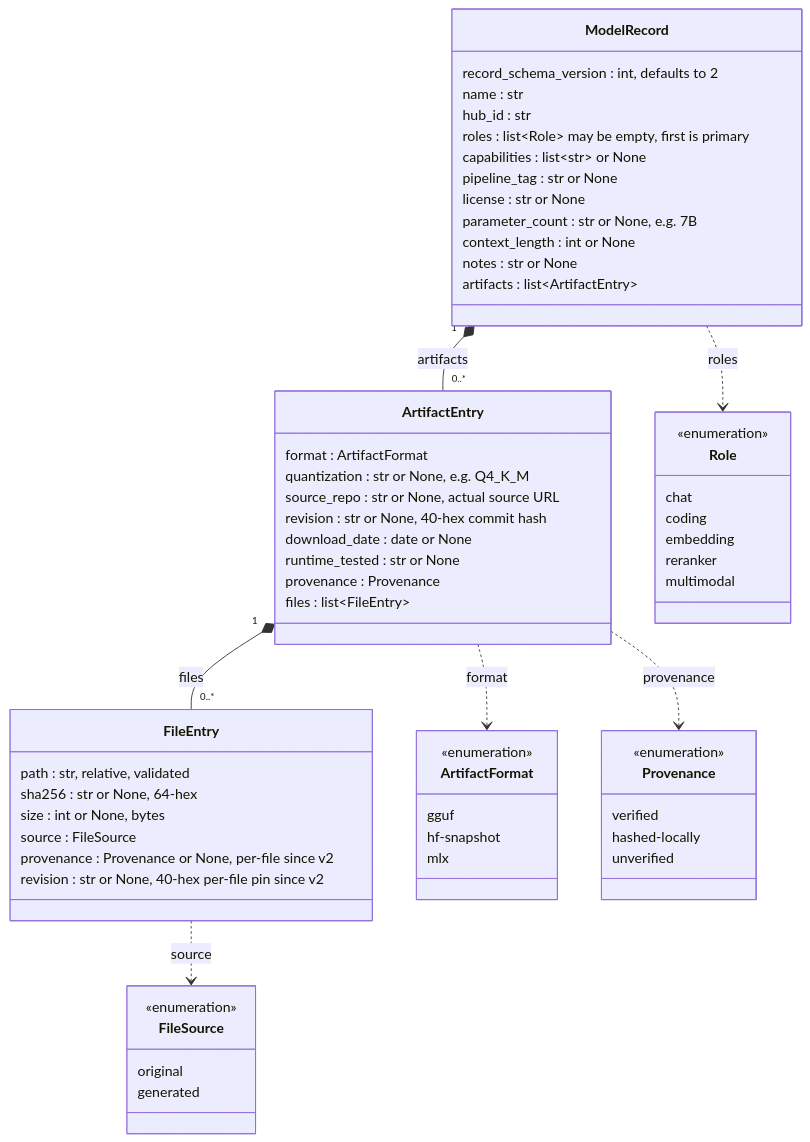
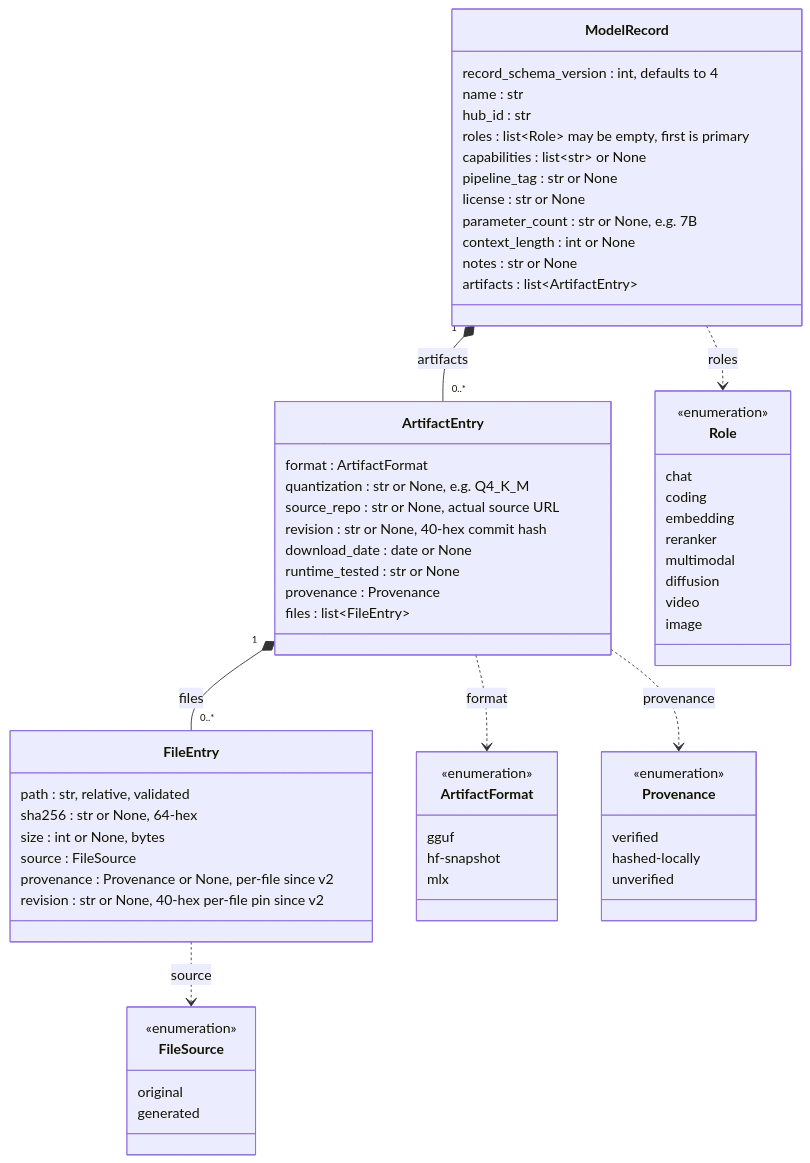
The second of 5 diagrams in docs/data-structures.md (bbirkinbine/llm-preserver), drawn with Mermaid before and after one commit. The commit also changed other lines of this file and 6 other files, not shown here.

First line of the commit message:
Add diffusion, video and image roles

````diff
--- a/docs/data-structures.md
+++ b/docs/data-structures.md
@@ -89,72 +89,75 @@
 ```mermaid
 classDiagram
     class ModelRecord {
-        record_schema_version : int, defaults to 2
+        record_schema_version : int, defaults to 4
         name : str
         hub_id : str
         roles : list~Role~ may be empty, first is primary
         capabilities : list~str~ or None
         pipeline_tag : str or None
         license : str or None
         parameter_count : str or None, e.g. 7B
         context_length : int or None
         notes : str or None
         artifacts : list~ArtifactEntry~
     }
 
     class ArtifactEntry {
         format : ArtifactFormat
         quantization : str or None, e.g. Q4_K_M
         source_repo : str or None, actual source URL
         revision : str or None, 40-hex commit hash
         download_date : date or None
         runtime_tested : str or None
         provenance : Provenance
         files : list~FileEntry~
     }
 
     class FileEntry {
         path : str, relative, validated
         sha256 : str or None, 64-hex
         size : int or None, bytes
         source : FileSource
         provenance : Provenance or None, per-file since v2
         revision : str or None, 40-hex per-file pin since v2
     }
 
     class Role {
         <<enumeration>>
         chat
         coding
         embedding
         reranker
         multimodal
+        diffusion
+        video
+        image
     }
 
     class ArtifactFormat {
         <<enumeration>>
         gguf
         hf-snapshot
         mlx
     }
 
     class Provenance {
         <<enumeration>>
         verified
         hashed-locally
         unverified
     }
 
     class FileSource {
         <<enumeration>>
         original
         generated
     }
 
     ModelRecord "1" *-- "0..*" ArtifactEntry : artifacts
     ArtifactEntry "1" *-- "0..*" FileEntry : files
     ModelRecord ..> Role : roles
     ArtifactEntry ..> ArtifactFormat : format
     ArtifactEntry ..> Provenance : provenance
     FileEntry ..> FileSource : source
 ```
````
